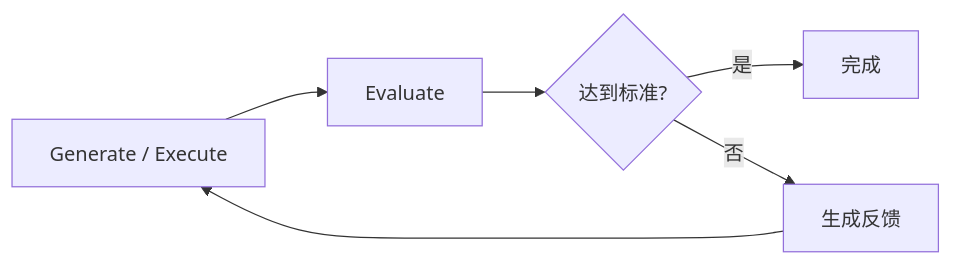
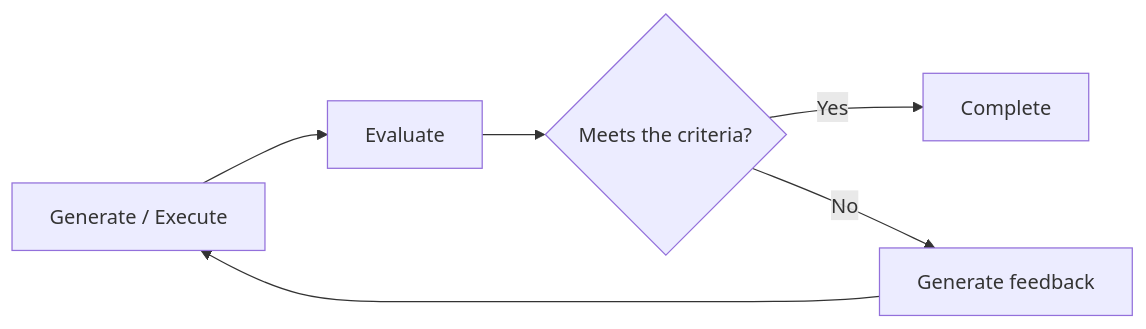
One commit to oneleaveknowsthefall/awesome-ai-roadmap changed the sixth of 10 diagrams in docs/agent/02-reasoning-planning/04-agent-design-patterns.md. Above: the diagram before and after it, drawn with Mermaid. The commit also changed other lines of this file and 68 other files, not shown here.

````diff
--- a/docs/agent/02-reasoning-planning/04-agent-design-patterns.md
+++ b/docs/agent/02-reasoning-planning/04-agent-design-patterns.md
@@ -319,8 +323,8 @@
 ```mermaid
 flowchart LR
     G[Generate / Execute] --> E[Evaluate]
-    E --> D{达到标准?}
-    D -->|是| DONE[完成]
-    D -->|否| FB[生成反馈]
+    E --> D{Meets the criteria?}
+    D -->|Yes| DONE[Complete]
+    D -->|No| FB[Generate feedback]
     FB --> G
 ```
````
